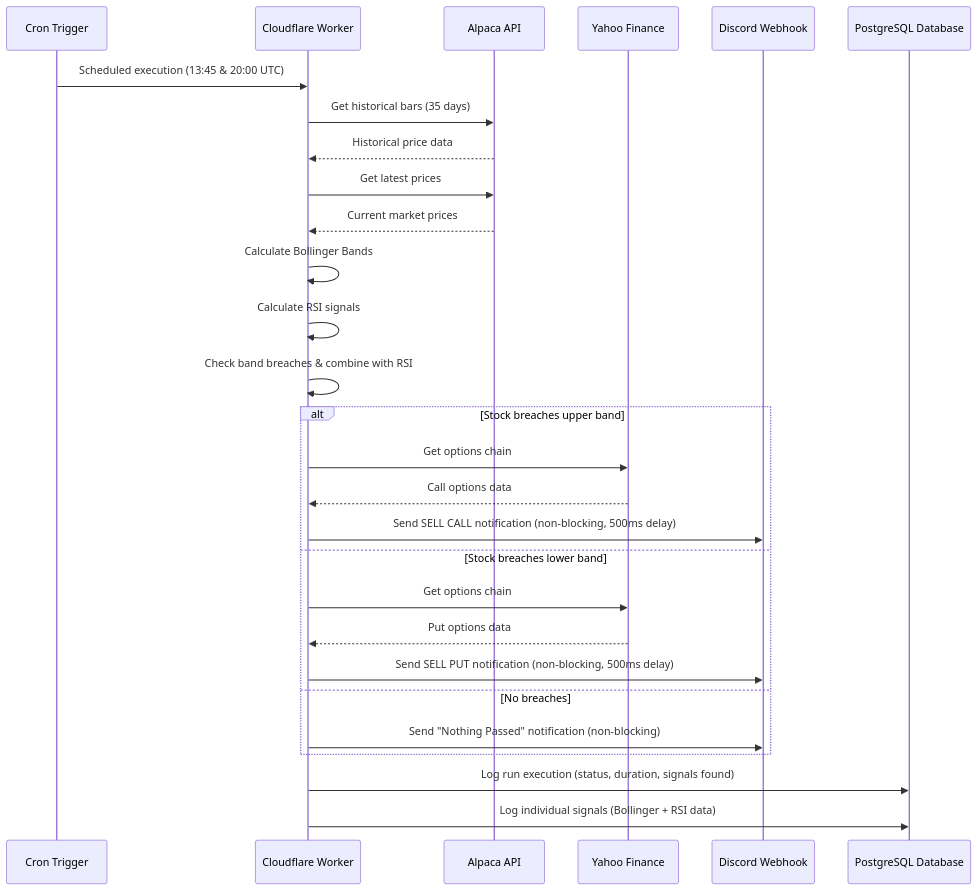
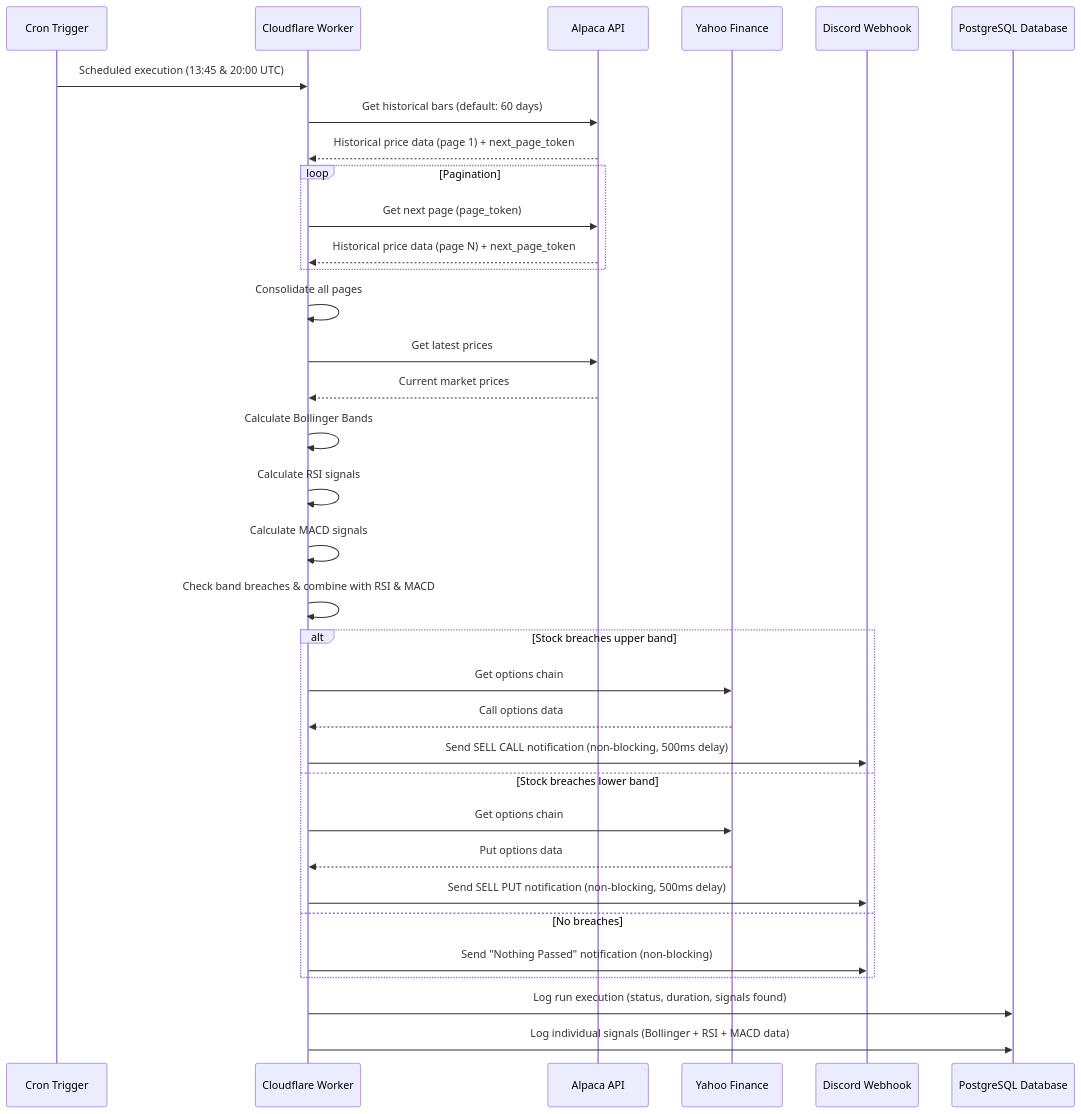
One commit to k-dang/bollinger-checker changed the second of 3 diagrams in ARCHITECTURE.md. Above: the diagram before and after it, drawn with Mermaid. The commit also changed other lines of this file and 3 other files, not shown here.

````diff
--- a/ARCHITECTURE.md
+++ b/ARCHITECTURE.md
@@ -51,36 +51,42 @@
 ```mermaid
 sequenceDiagram
     participant Cron as Cron Trigger
     participant Worker as Cloudflare Worker
     participant Alpaca as Alpaca API
     participant Yahoo as Yahoo Finance
     participant Discord as Discord Webhook
     participant DB as PostgreSQL Database
 
     Cron->>Worker: Scheduled execution (13:45 & 20:00 UTC)
 
-    Worker->>Alpaca: Get historical bars (35 days)
-    Alpaca-->>Worker: Historical price data
+    Worker->>Alpaca: Get historical bars (default: 60 days)
+    Alpaca-->>Worker: Historical price data (page 1) + next_page_token
+    loop Pagination
+        Worker->>Alpaca: Get next page (page_token)
+        Alpaca-->>Worker: Historical price data (page N) + next_page_token
+    end
+    Worker->>Worker: Consolidate all pages
 
     Worker->>Alpaca: Get latest prices
     Alpaca-->>Worker: Current market prices
 
     Worker->>Worker: Calculate Bollinger Bands
     Worker->>Worker: Calculate RSI signals
-    Worker->>Worker: Check band breaches & combine with RSI
+    Worker->>Worker: Calculate MACD signals
+    Worker->>Worker: Check band breaches & combine with RSI & MACD
 
     alt Stock breaches upper band
         Worker->>Yahoo: Get options chain
         Yahoo-->>Worker: Call options data
         Worker->>Discord: Send SELL CALL notification (non-blocking, 500ms delay)
     else Stock breaches lower band
         Worker->>Yahoo: Get options chain
         Yahoo-->>Worker: Put options data
         Worker->>Discord: Send SELL PUT notification (non-blocking, 500ms delay)
     else No breaches
         Worker->>Discord: Send "Nothing Passed" notification (non-blocking)
     end
 
     Worker->>DB: Log run execution (status, duration, signals found)
-    Worker->>DB: Log individual signals (Bollinger + RSI data)
+    Worker->>DB: Log individual signals (Bollinger + RSI + MACD data)
 ```
````
